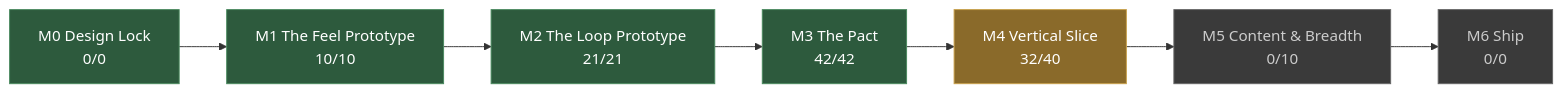
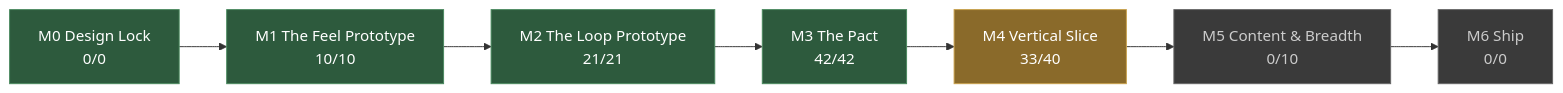
Before and after one commit to JoshuaGessner/she: the diagram in docs/STATUS.md, drawn with Mermaid. The commit also changed other lines of this file and 25 other files, not shown here.

````diff
--- a/docs/STATUS.md
+++ b/docs/STATUS.md
@@ -13,19 +13,19 @@
 ```mermaid
 flowchart LR
   M0["M0 Design Lock<br/>0/0"]:::passed
   M1["M1 The Feel Prototype<br/>10/10"]:::passed
   M0 --> M1
   M2["M2 The Loop Prototype<br/>21/21"]:::passed
   M1 --> M2
   M3["M3 The Pact<br/>42/42"]:::passed
   M2 --> M3
-  M4["M4 Vertical Slice<br/>32/40"]:::current
+  M4["M4 Vertical Slice<br/>33/40"]:::current
   M3 --> M4
   M5["M5 Content & Breadth<br/>0/10"]:::ahead
   M4 --> M5
   M6["M6 Ship<br/>0/0"]:::ahead
   M5 --> M6
   classDef passed fill:#2d5a3d,stroke:#4a8a5f,color:#fff
   classDef current fill:#8a6a2a,stroke:#c8a04a,color:#fff
   classDef ahead fill:#3a3a3a,stroke:#666,color:#ccc
 ```
````
